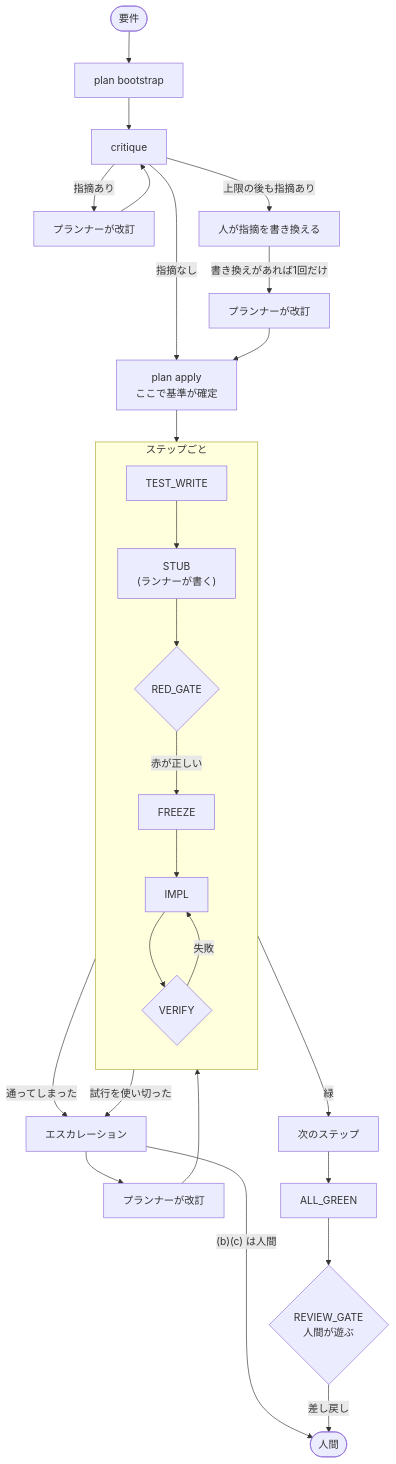
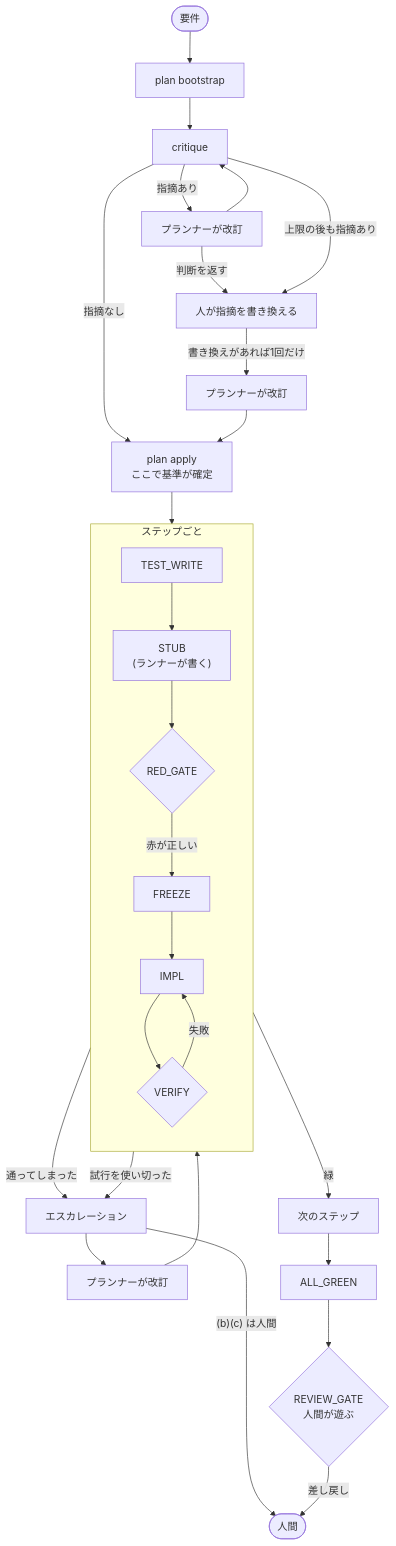
Before and after one commit to imotori481/Loop-Engine-with-Multi-Claude: the second of 2 diagrams in docs/ARCHITECTURE.md, drawn with Mermaid. The commit also changed 9 other files, not shown here.

````diff
--- a/docs/ARCHITECTURE.md
+++ b/docs/ARCHITECTURE.md
@@ -103,32 +103,33 @@
 ```mermaid
 flowchart TD
   req(["要件"]) --> boot["plan bootstrap"]
   boot --> refine["critique"]
   refine -->|"指摘あり"| revise["プランナーが改訂"]
   revise --> refine
+  revise -->|"判断を返す"| human
   refine -->|"指摘なし"| apply["plan apply<br/>ここで基準が確定"]
   refine -->|"上限の後も指摘あり"| human["人が指摘を書き換える"]
   human -->|"書き換えがあれば1回だけ"| last["プランナーが改訂"]
   last --> apply
   apply --> step
 
   subgraph step["ステップごと"]
     direction TB
     tw["TEST_WRITE"] --> stub["STUB<br/>(ランナーが書く)"]
     stub --> red{"RED_GATE"}
     red -->|"赤が正しい"| frz["FREEZE"]
     frz --> impl["IMPL"]
     impl --> ver{"VERIFY"}
     ver -->|"失敗"| impl
   end
 
   ver -->|"緑"| nextstep["次のステップ"]
   red -->|"通ってしまった"| esc["エスカレーション"]
   ver -->|"試行を使い切った"| esc
   esc --> revise2["プランナーが改訂"]
   revise2 --> tw
   esc -->|"(b)(c) は人間"| human2(["人間"])
   nextstep --> allg["ALL_GREEN"]
   allg --> review{"REVIEW_GATE<br/>人間が遊ぶ"}
   review -->|"差し戻し"| human2
 ```
````
